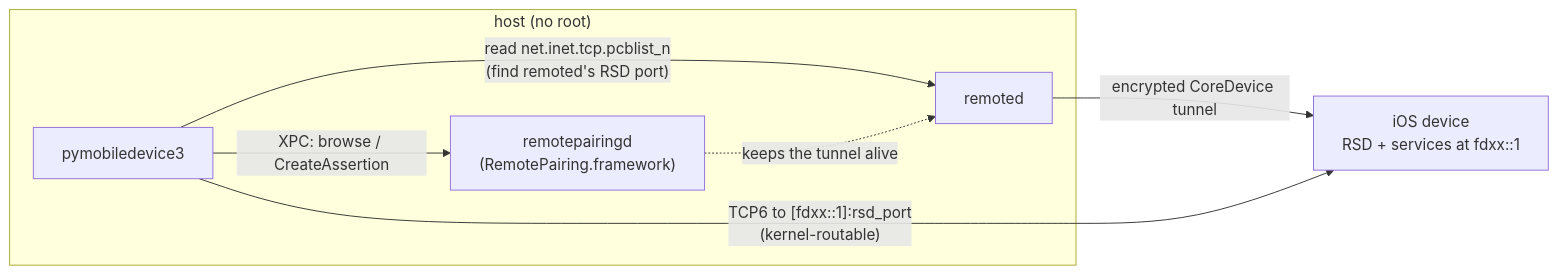
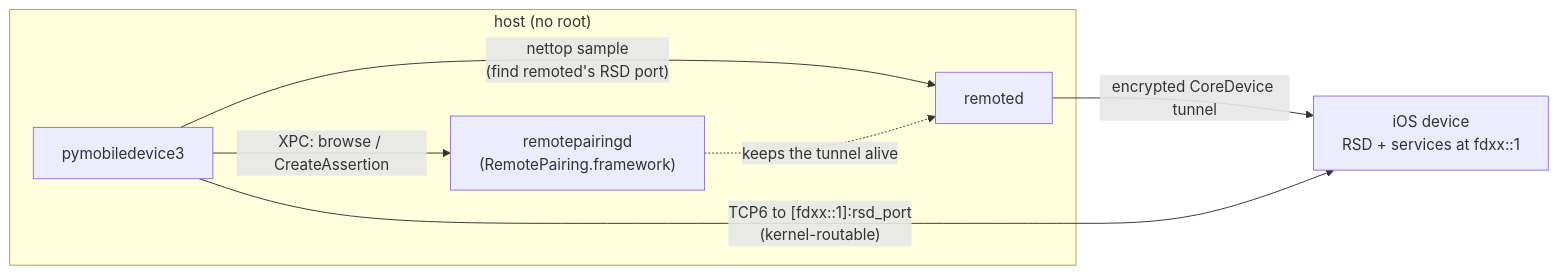
The seventh of 7 diagrams in docs/guides/network-stacks.md (doronz88/pymobiledevice3), drawn with Mermaid before and after one commit. The commit also changed other lines of this file and 2 other files, not shown here.

First line of the commit message:
remote: Find remoted's RSD port with nettop instead of the pcblist_n sysctl

````diff
--- a/docs/guides/network-stacks.md
+++ b/docs/guides/network-stacks.md
@@ -218,15 +218,15 @@
 ```mermaid
 flowchart LR
     subgraph host["host (no root)"]
         cli["pymobiledevice3"]
         rp["remotepairingd<br/>(RemotePairing.framework)"]
         rd["remoted"]
     end
     dev["iOS device<br/>RSD + services at fdxx::1"]
 
     cli -->|"XPC: browse / CreateAssertion"| rp
-    cli -->|"read net.inet.tcp.pcblist_n<br/>(find remoted's RSD port)"| rd
+    cli -->|"nettop sample<br/>(find remoted's RSD port)"| rd
     rp -.->|"keeps the tunnel alive"| rd
     rd -->|"encrypted CoreDevice tunnel"| dev
     cli -->|"TCP6 to [fdxx::1]:rsd_port<br/>(kernel-routable)"| dev
 ```
````
